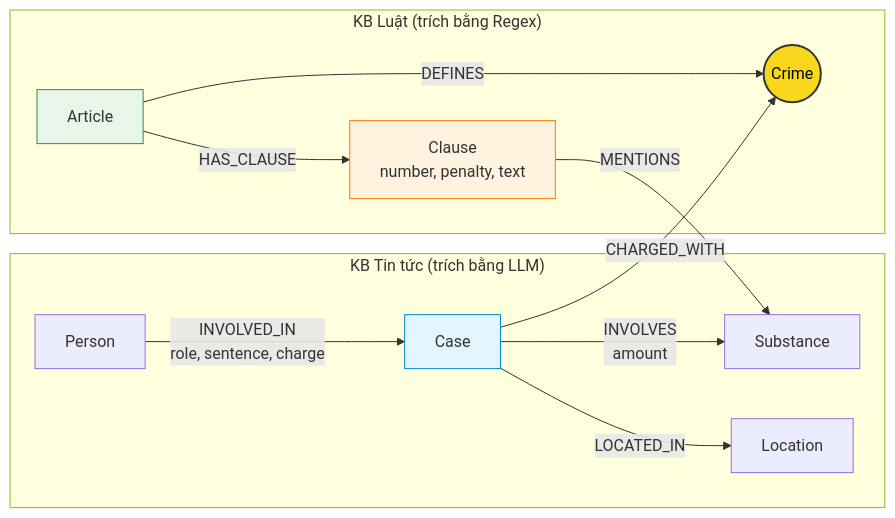
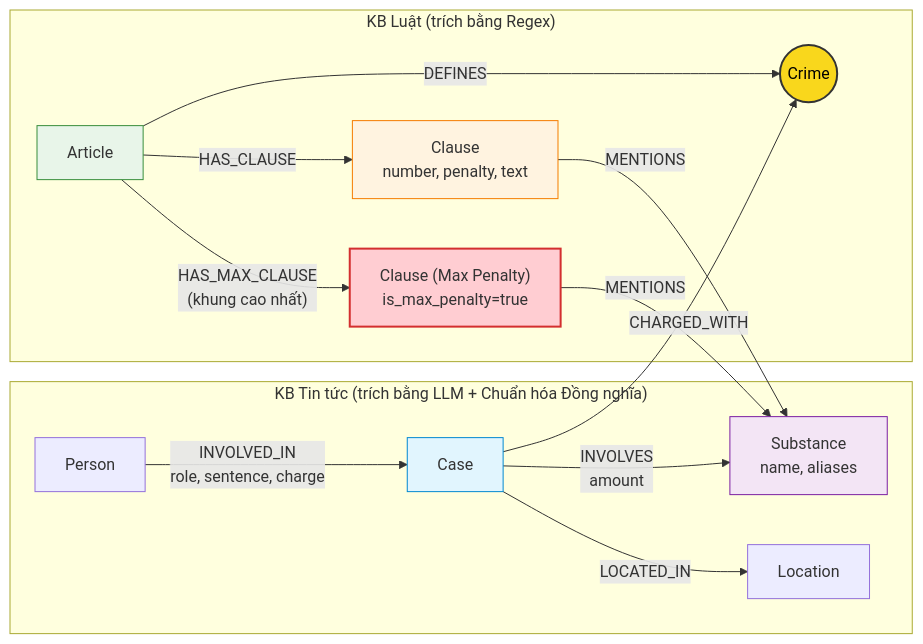
The diagram in report/ONTOLOGY.md (hoangvu180225-cell/K4-Track3-Day19-PhanHoangVu-2A202602450-GraphRAG-Knowledge-Graphs), drawn with Mermaid before and after one commit. The commit also changed other lines of this file and 4 other files, not shown here.

Commit message:
feat(bonus): implement enhanced ontology with max clause modeling and substance synonyms (+15 bonus)

````diff
--- a/report/ONTOLOGY.md
+++ b/report/ONTOLOGY.md
@@ -16,21 +19,25 @@
 ```mermaid
 flowchart LR
-    subgraph News["KB Tin tức (trích bằng LLM)"]
+    subgraph News["KB Tin tức (trích bằng LLM + Chuẩn hóa Đồng nghĩa)"]
         P[Person] -- "INVOLVED_IN<br/>role, sentence, charge" --> K[Case]
-        K -- "INVOLVES<br/>amount" --> S[Substance]
+        K -- "INVOLVES<br/>amount" --> S["Substance<br/>name, aliases"]
         K -- LOCATED_IN --> L[Location]
     end
 
     K -- CHARGED_WITH --> C((Crime))
 
     subgraph Law["KB Luật (trích bằng Regex)"]
         A[Article] -- DEFINES --> C
         A -- HAS_CLAUSE --> CL["Clause<br/>number, penalty, text"]
+        A -- "HAS_MAX_CLAUSE<br/>(khung cao nhất)" --> CL_MAX["Clause (Max Penalty)<br/>is_max_penalty=true"]
         CL -- MENTIONS --> S
+        CL_MAX -- MENTIONS --> S
     end
 
     style C fill:#f9d71c,stroke:#333,stroke-width:2px,color:#000
     style K fill:#e1f5fe,stroke:#0288d1,stroke-width:1px
     style A fill:#e8f5e9,stroke:#388e3c,stroke-width:1px
     style CL fill:#fff3e0,stroke:#f57c00,stroke-width:1px
+    style CL_MAX fill:#ffcdd2,stroke:#d32f2f,stroke-width:2px
+    style S fill:#f3e5f5,stroke:#7b1fa2,stroke-width:1px
 ```
````
